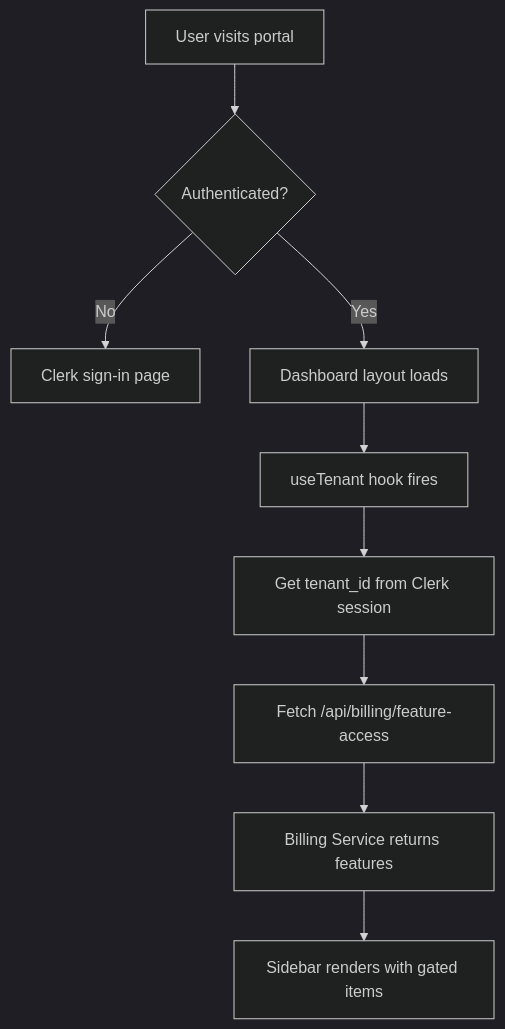
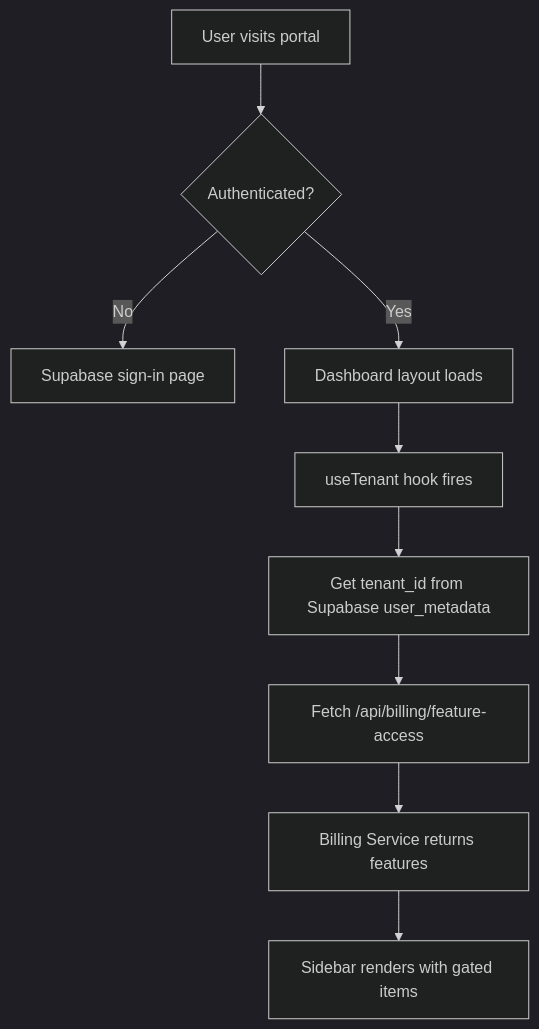
One commit to truevow-ai/TrueVow_Tenant_Customer_Portal_Service changed the first of 3 diagrams in docs/developers/DEVELOPER_ONBOARDING_GUIDE.md. Above: the diagram before and after it, drawn with Mermaid (dark theme). The commit also changed other lines of this file and 54 other files, not shown here.

First line of the commit message:
fix(g12): remediate all P0 security/architecture defects

````diff
--- a/docs/developers/DEVELOPER_ONBOARDING_GUIDE.md
+++ b/docs/developers/DEVELOPER_ONBOARDING_GUIDE.md
@@ -377,11 +416,11 @@
 ```mermaid
 graph TB
     A[User visits portal] --> B{Authenticated?}
-    B -->|No| C[Clerk sign-in page]
+    B -->|No| C[Supabase sign-in page]
     B -->|Yes| D[Dashboard layout loads]
     D --> E[useTenant hook fires]
-    E --> F[Get tenant_id from Clerk session]
+    E --> F[Get tenant_id from Supabase user_metadata]
     F --> G[Fetch /api/billing/feature-access]
     G --> H[Billing Service returns features]
     H --> I[Sidebar renders with gated items]
 ```
````
